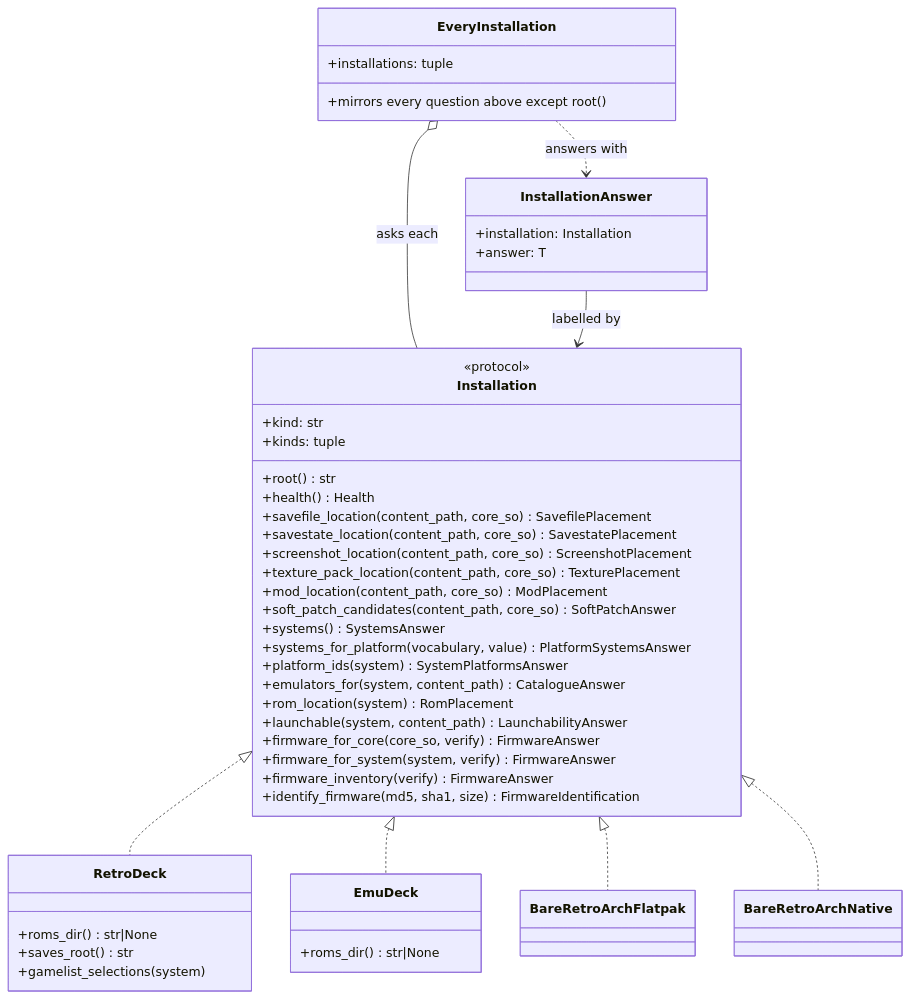
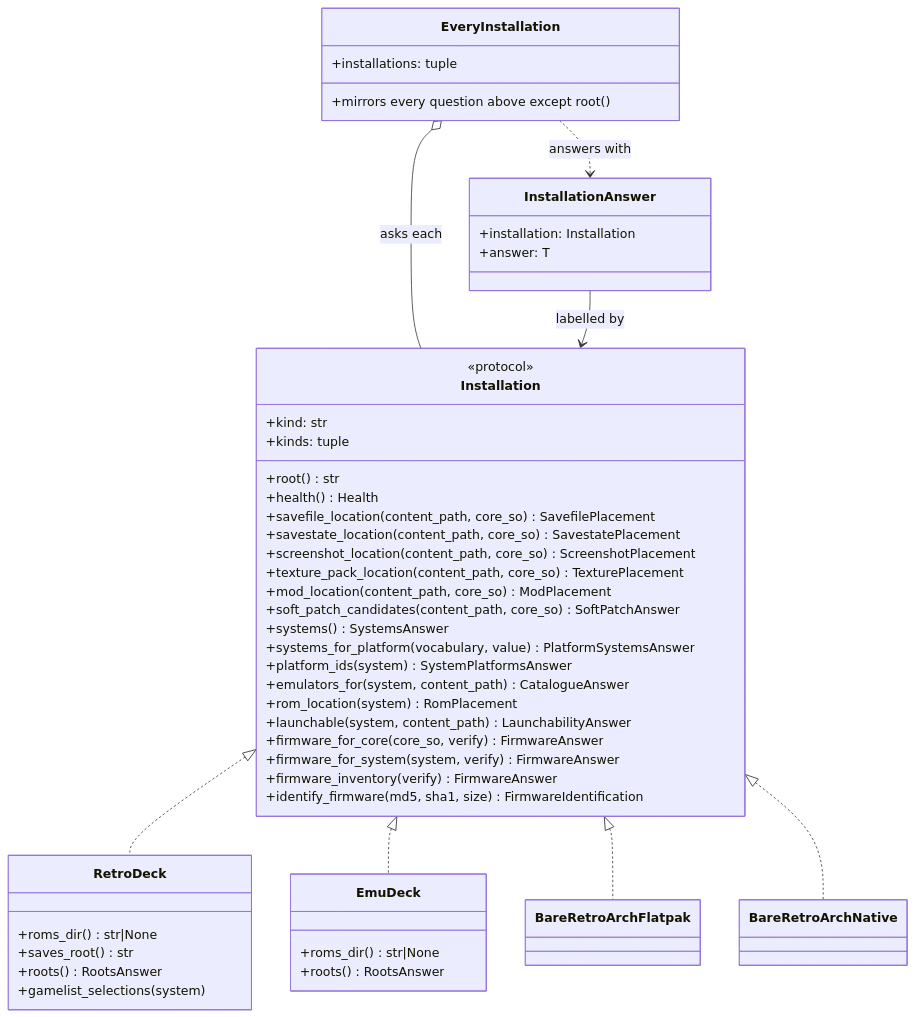
One commit to danielcopper/emu-atlas changed the second of 3 diagrams in docs/architecture.md. Above: the diagram before and after it, drawn with Mermaid. The commit also changed 13 other files, not shown here.

````diff
--- a/docs/architecture.md
+++ b/docs/architecture.md
@@ -60,52 +60,54 @@
 ```mermaid
 classDiagram
     class Installation {
         <<protocol>>
         +kind: str
         +kinds: tuple
         +root() str
         +health() Health
         +savefile_location(content_path, core_so) SavefilePlacement
         +savestate_location(content_path, core_so) SavestatePlacement
         +screenshot_location(content_path, core_so) ScreenshotPlacement
         +texture_pack_location(content_path, core_so) TexturePlacement
         +mod_location(content_path, core_so) ModPlacement
         +soft_patch_candidates(content_path, core_so) SoftPatchAnswer
         +systems() SystemsAnswer
         +systems_for_platform(vocabulary, value) PlatformSystemsAnswer
         +platform_ids(system) SystemPlatformsAnswer
         +emulators_for(system, content_path) CatalogueAnswer
         +rom_location(system) RomPlacement
         +launchable(system, content_path) LaunchabilityAnswer
         +firmware_for_core(core_so, verify) FirmwareAnswer
         +firmware_for_system(system, verify) FirmwareAnswer
         +firmware_inventory(verify) FirmwareAnswer
         +identify_firmware(md5, sha1, size) FirmwareIdentification
     }
     class RetroDeck {
         +roms_dir() str|None
         +saves_root() str
+        +roots() RootsAnswer
         +gamelist_selections(system)
     }
     class EmuDeck {
         +roms_dir() str|None
+        +roots() RootsAnswer
     }
     class BareRetroArchFlatpak
     class BareRetroArchNative
     class EveryInstallation {
         +installations: tuple
         +mirrors every question above except root()
     }
     class InstallationAnswer {
         +installation: Installation
         +answer: T
     }
 
     Installation <|.. RetroDeck
     Installation <|.. EmuDeck
     Installation <|.. BareRetroArchFlatpak
     Installation <|.. BareRetroArchNative
     EveryInstallation o-- Installation : asks each
     EveryInstallation ..> InstallationAnswer : answers with
     InstallationAnswer --> Installation : labelled by
 ```
````
